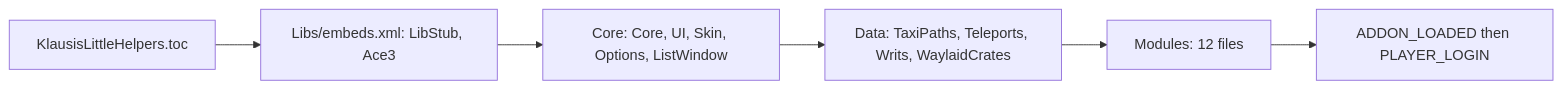
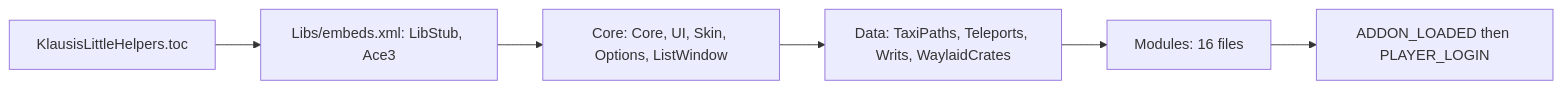
One commit to lkshrk/KlausisLittleHelpers changed the second of 3 diagrams in docs/2. Architecture Overview.md. Above: the diagram before and after it, drawn with Mermaid. The commit also changed other lines of this file and 44 other files, not shown here.

````diff
--- a/docs/2. Architecture Overview.md
+++ b/docs/2. Architecture Overview.md
@@ -36,8 +36,8 @@
 ```mermaid
 graph LR
     TOC["KlausisLittleHelpers.toc"] --> Libs["Libs/embeds.xml: LibStub, Ace3"]
     Libs --> Core["Core: Core, UI, Skin, Options, ListWindow"]
     Core --> Data["Data: TaxiPaths, Teleports, Writs, WaylaidCrates"]
-    Data --> Modules["Modules: 12 files"]
+    Data --> Modules["Modules: 16 files"]
     Modules --> Login["ADDON_LOADED then PLAYER_LOGIN"]
 ```
````
